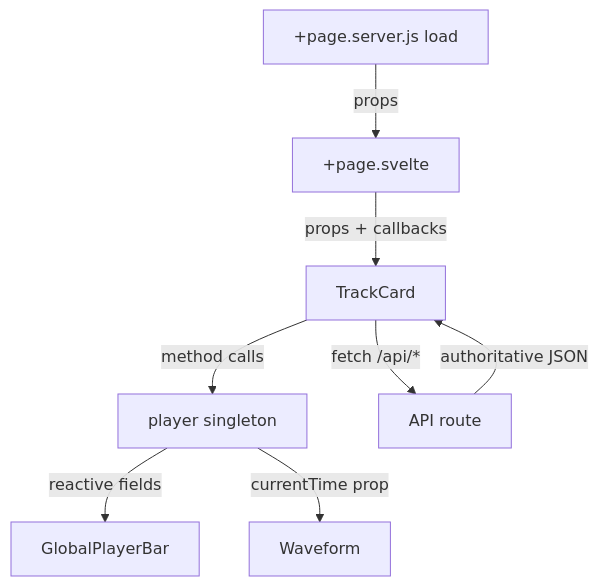
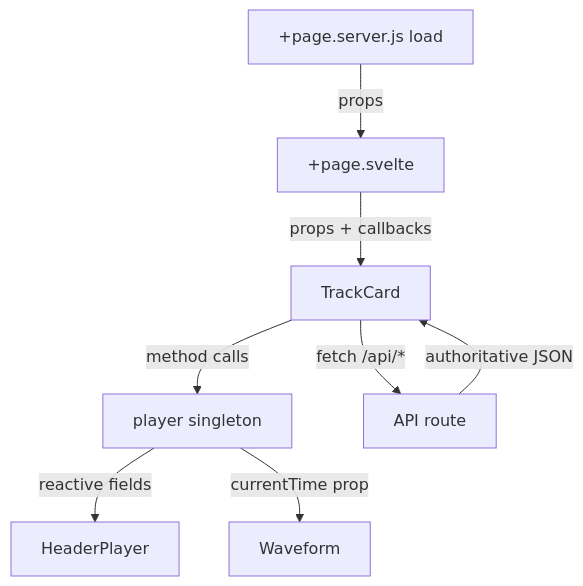
The diagram in docs/reactivity.md (spreadsheetsusa/sndbnk), drawn with Mermaid before and after one commit. The commit also changed other lines of this file and 108 other files, not shown here.

````diff
--- a/docs/reactivity.md
+++ b/docs/reactivity.md
@@ -197,10 +199,10 @@
 ```mermaid
 flowchart TD
   load["+page.server.js load"] -->|"props"| page["+page.svelte"]
   page -->|"props + callbacks"| card["TrackCard"]
   card -->|"method calls"| player["player singleton"]
-  player -->|"reactive fields"| bar["GlobalPlayerBar"]
+  player -->|"reactive fields"| bar["HeaderPlayer"]
   player -->|"currentTime prop"| wave["Waveform"]
   card -->|"fetch /api/*"| api["API route"]
   api -->|"authoritative JSON"| card
 ```
````
